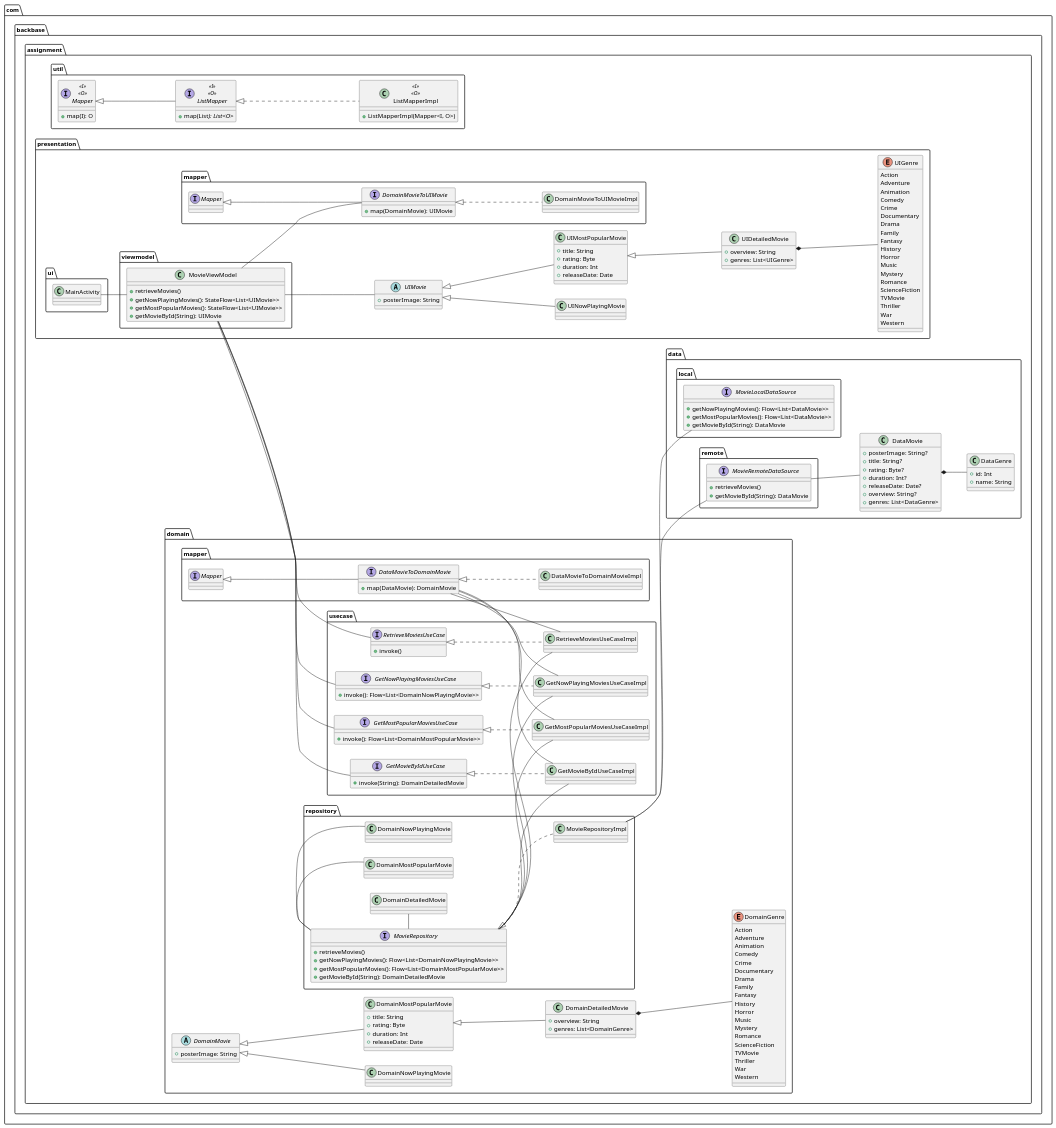
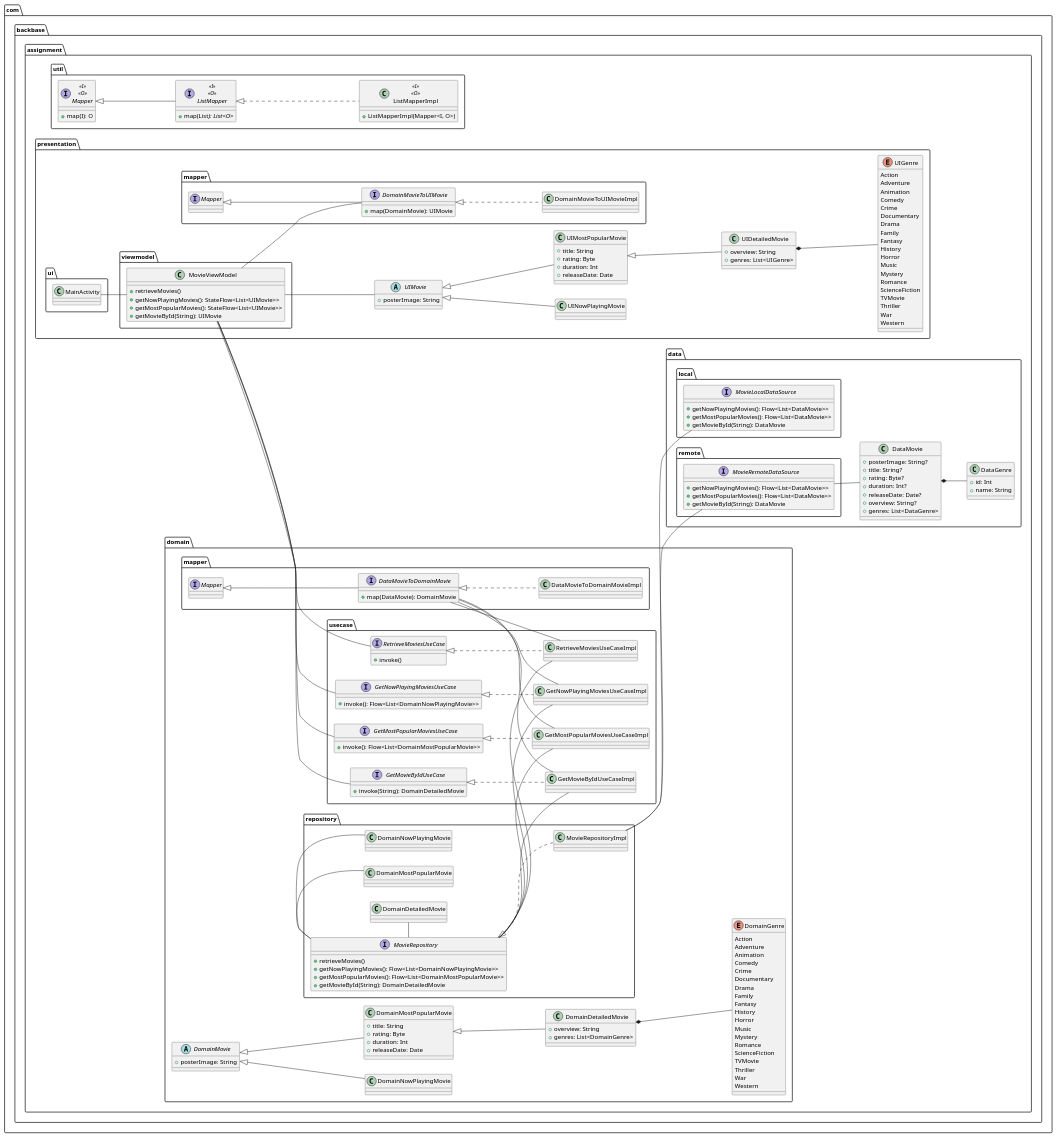
The diagram in android/app/src/main/java/com/backbase/assignment/_app_architecture.puml (jesus-medina/MovieApp), drawn with PlantUML before and after one commit. The commit also changed 4 other files, not shown here.

```diff
--- a/android/app/src/main/java/com/backbase/assignment/_app_architecture.puml
+++ b/android/app/src/main/java/com/backbase/assignment/_app_architecture.puml
@@ -216,7 +216,8 @@
         package remote {
 
             interface MovieRemoteDataSource {
-                + retrieveMovies()
+                + getNowPlayingMovies(): Flow<List<DataMovie>>
+                + getMostPopularMovies(): Flow<List<DataMovie>>
                 + getMovieById(String): DataMovie
             }
         }
```
